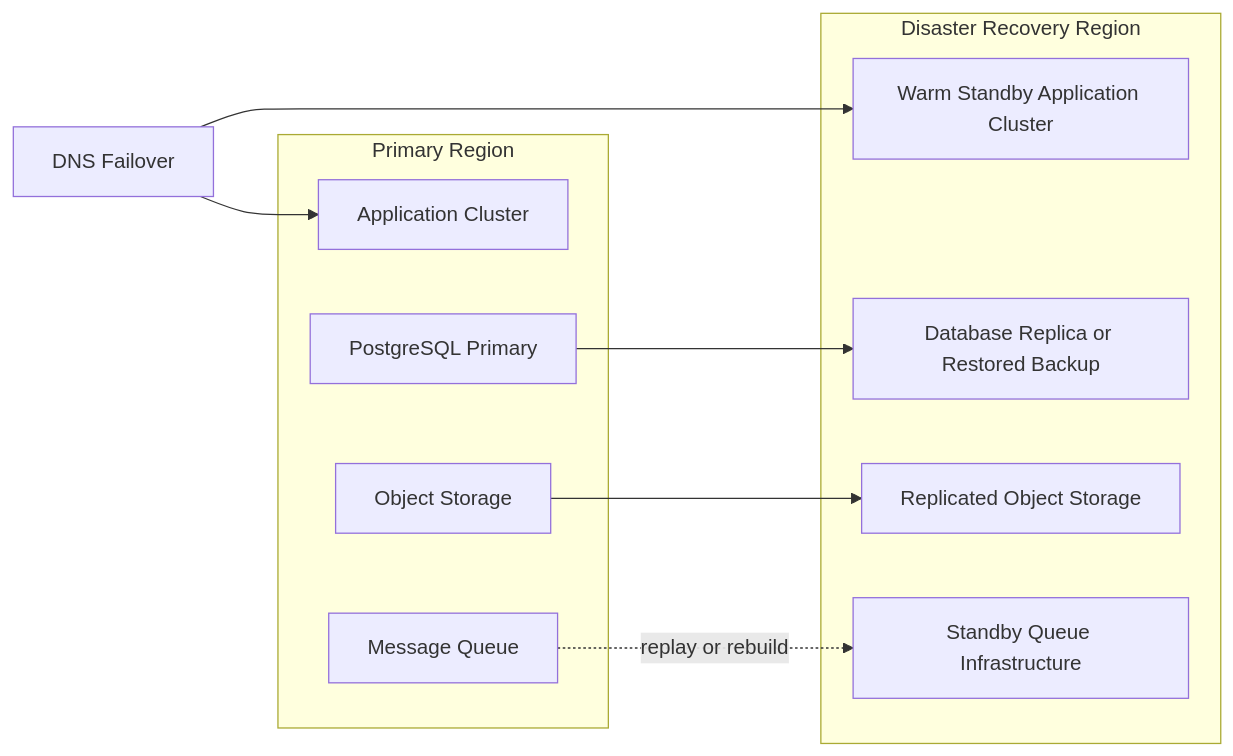
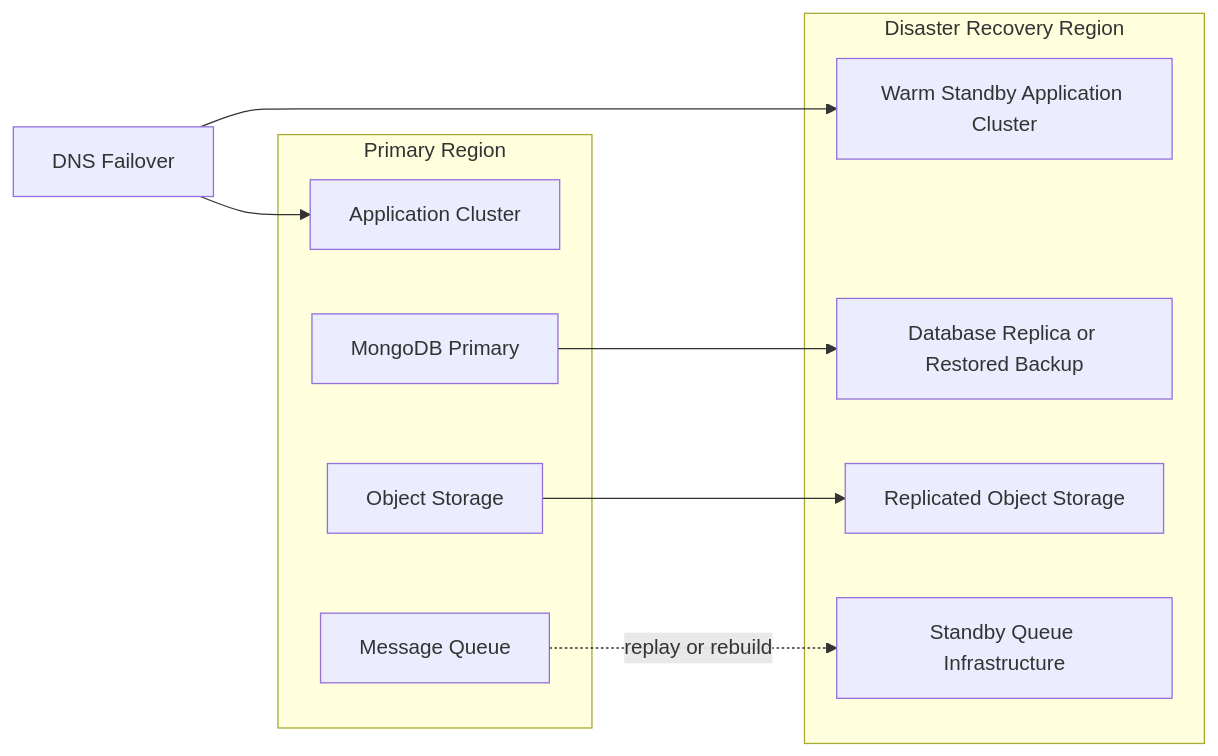
Before and after one commit to RahulPrsad/fln: diagram 15 of 18 in ARCHITECTURE.md, drawn with Mermaid. The commit also changed other lines of this file and 4 other files, not shown here.

````diff
--- a/ARCHITECTURE.md
+++ b/ARCHITECTURE.md
@@ -1703,22 +1703,22 @@
 ```mermaid
 flowchart LR
     subgraph Primary["Primary Region"]
         App1["Application Cluster"]
-        DB1["PostgreSQL Primary"]
+        DB1["MongoDB Primary"]
         Obj1["Object Storage"]
         MQ1["Message Queue"]
     end
 
     subgraph DR["Disaster Recovery Region"]
         App2["Warm Standby Application Cluster"]
         DB2["Database Replica or Restored Backup"]
         Obj2["Replicated Object Storage"]
         MQ2["Standby Queue Infrastructure"]
     end
 
     DNS["DNS Failover"] --> App1
     DNS --> App2
     DB1 --> DB2
     Obj1 --> Obj2
     MQ1 -. replay or rebuild .-> MQ2
 ```
````
